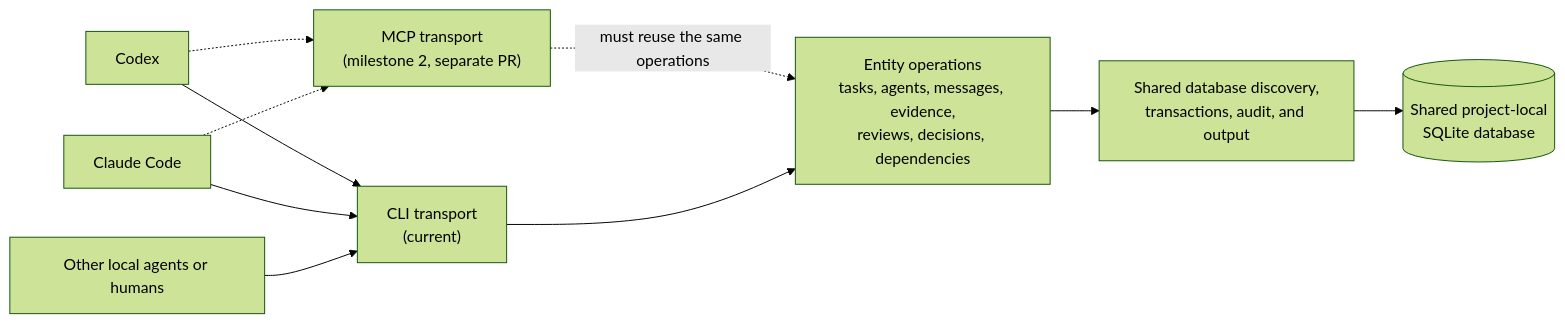
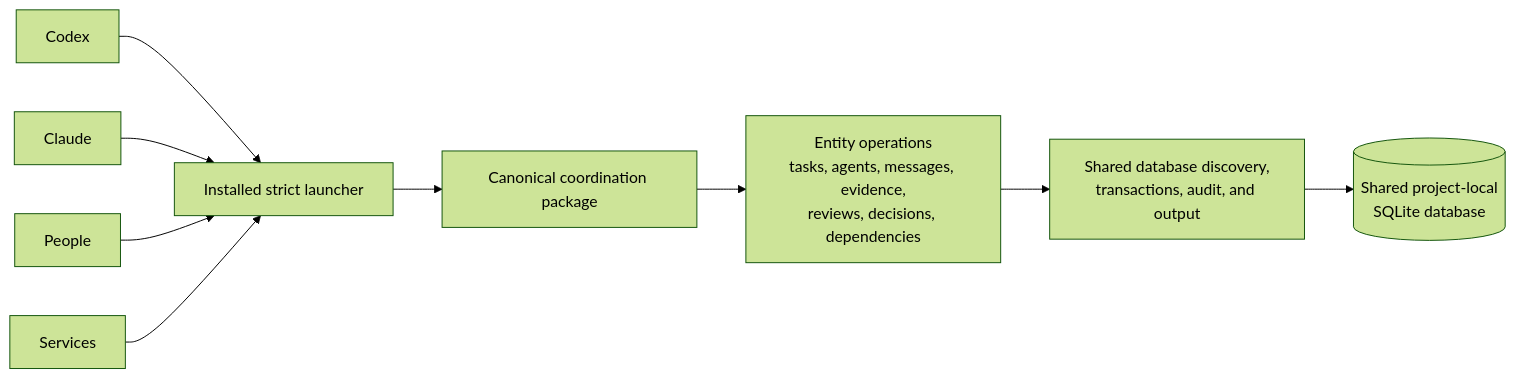
The diagram in coordination/README.md (jnuez94/agentic-project-scaffold-lite), drawn with Mermaid (forest theme) before and after one commit. The commit also changed other lines of this file and 48 other files, not shown here.

Commit message:
stabilize SQLite coordination CLI for 1.1.0 (#7)

````diff
--- a/coordination/README.md
+++ b/coordination/README.md
@@ -13,22 +13,22 @@
 ```mermaid
 flowchart LR
     Codex["Codex"]
-    Claude["Claude Code"]
-    Other["Other local agents or humans"]
+    Claude["Claude"]
+    People["People"]
+    Services["Services"]
 
-    CLI["CLI transport<br/>(current)"]
-    MCP["MCP transport<br/>(milestone 2, separate PR)"]
+    Launcher["Installed strict launcher"]
+    CLI["Canonical coordination package"]
     Entities["Entity operations<br/>tasks, agents, messages, evidence,<br/>reviews, decisions, dependencies"]
     Core["Shared database discovery,<br/>transactions, audit, and output"]
     DB[("Shared project-local<br/>SQLite database")]
 
-    Codex --> CLI
-    Claude --> CLI
-    Other --> CLI
-    Codex -.-> MCP
-    Claude -.-> MCP
-    MCP -. "must reuse the same operations" .-> Entities
+    Codex --> Launcher
+    Claude --> Launcher
+    People --> Launcher
+    Services --> Launcher
+    Launcher --> CLI
     CLI --> Entities
     Entities --> Core
     Core --> DB
 ```
````
